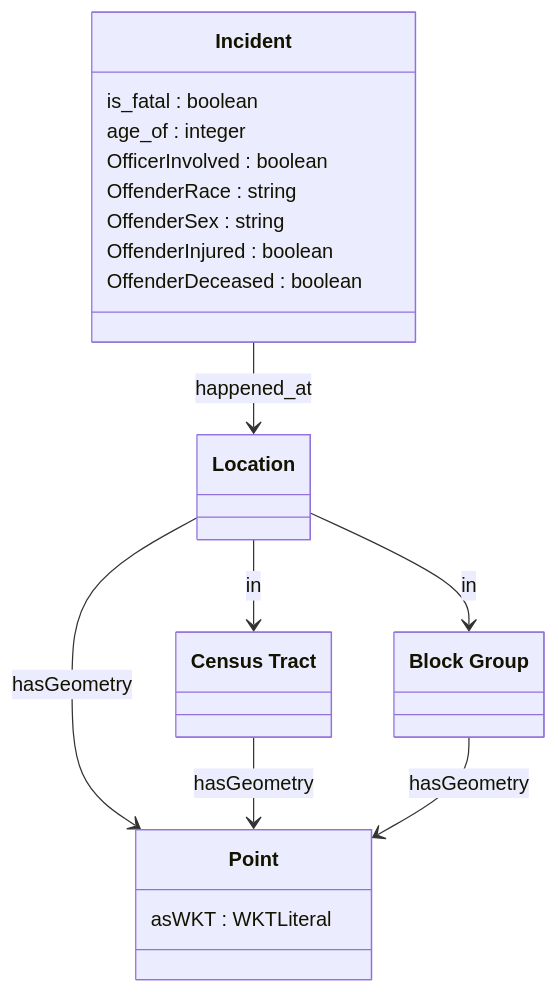
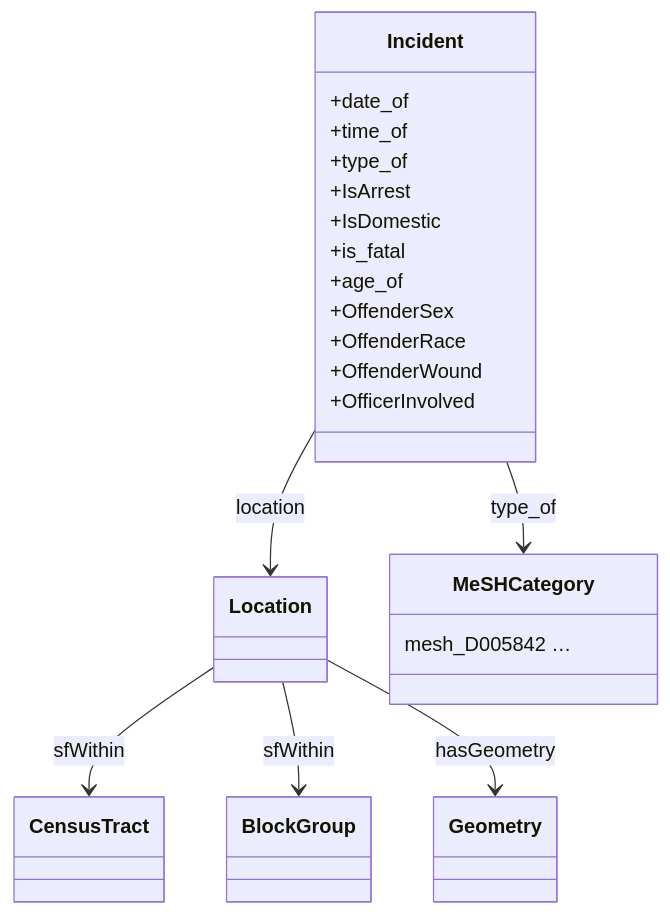
Before and after one commit to sbl-sdsc/mcp-proto-okn: the diagram in docs/examples/nikg_overview.md, drawn with Mermaid. The commit also changed other lines of this file and 14 other files, not shown here.

````diff
--- a/docs/examples/nikg_overview.md
+++ b/docs/examples/nikg_overview.md
@@ -80,25 +47,29 @@
 ```mermaid
 classDiagram
     class Incident {
-        is_fatal : boolean
-        age_of : integer
-        OfficerInvolved : boolean
-        OffenderRace : string
-        OffenderSex : string
-        OffenderInjured : boolean
-        OffenderDeceased : boolean
+        +date_of
+        +time_of
+        +type_of
+        +IsArrest
+        +IsDomestic
+        +is_fatal
+        +age_of
+        +OffenderSex
+        +OffenderRace
+        +OffenderWound
+        +OfficerInvolved
     }
     class Location
-    class CensusTract["Census Tract"]
-    class BlockGroup["Block Group"]
-    class Point {
-        asWKT : WKTLiteral
+    class CensusTract
+    class BlockGroup
+    class MeSHCategory {
+        mesh_D005842 …
     }
-    
-    Incident --> Location : happened_at
-    Location --> Point : hasGeometry
-    Location --> CensusTract : in
-    Location --> BlockGroup : in
-    CensusTract --> Point : hasGeometry
-    BlockGroup --> Point : hasGeometry
+    class Geometry
+
+    Incident --> Location : location
+    Incident --> MeSHCategory : type_of
+    Location --> CensusTract : sfWithin
+    Location --> BlockGroup : sfWithin
+    Location --> Geometry : hasGeometry
 ```
````
